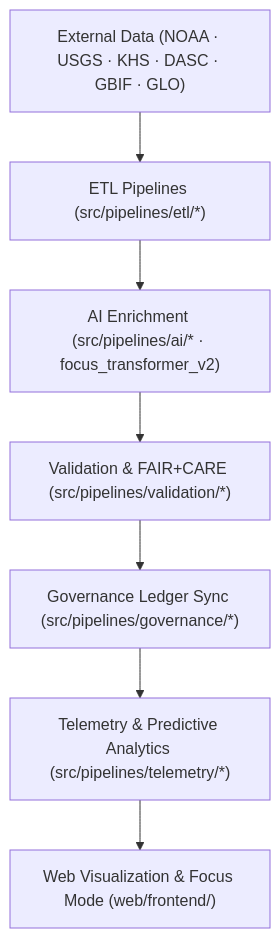
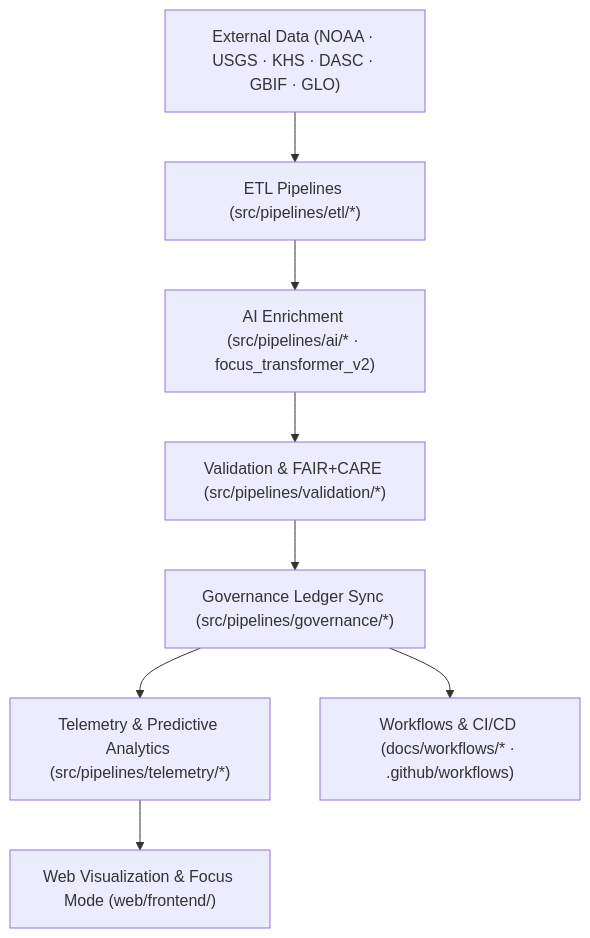
One commit to bartytime4life/Kansas-Frontier-Matrix changed the diagram in docs/architecture/README.md. Above: the diagram before and after it, drawn with Mermaid. The commit also changed other lines of this file, not shown here.

````diff
--- a/docs/architecture/README.md
+++ b/docs/architecture/README.md
@@ -67,9 +74,10 @@
 ```mermaid
 flowchart TD
     A["External Data (NOAA · USGS · KHS · DASC · GBIF · GLO)"] --> B["ETL Pipelines (src/pipelines/etl/*)"]
     B --> C["AI Enrichment (src/pipelines/ai/* · focus_transformer_v2)"]
     C --> D["Validation & FAIR+CARE (src/pipelines/validation/*)"]
     D --> E["Governance Ledger Sync (src/pipelines/governance/*)"]
     E --> F["Telemetry & Predictive Analytics (src/pipelines/telemetry/*)"]
     F --> G["Web Visualization & Focus Mode (web/frontend/)"]
+    E --> H["Workflows & CI/CD (docs/workflows/* · .github/workflows)"]
 ```
````
